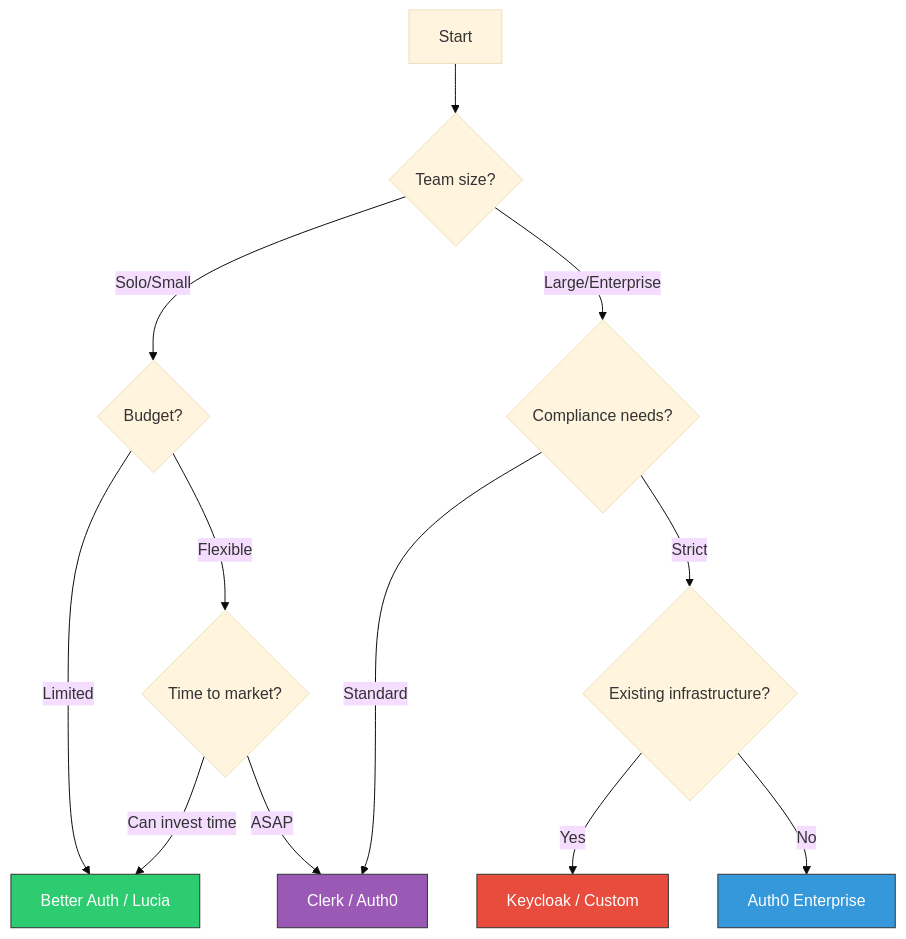
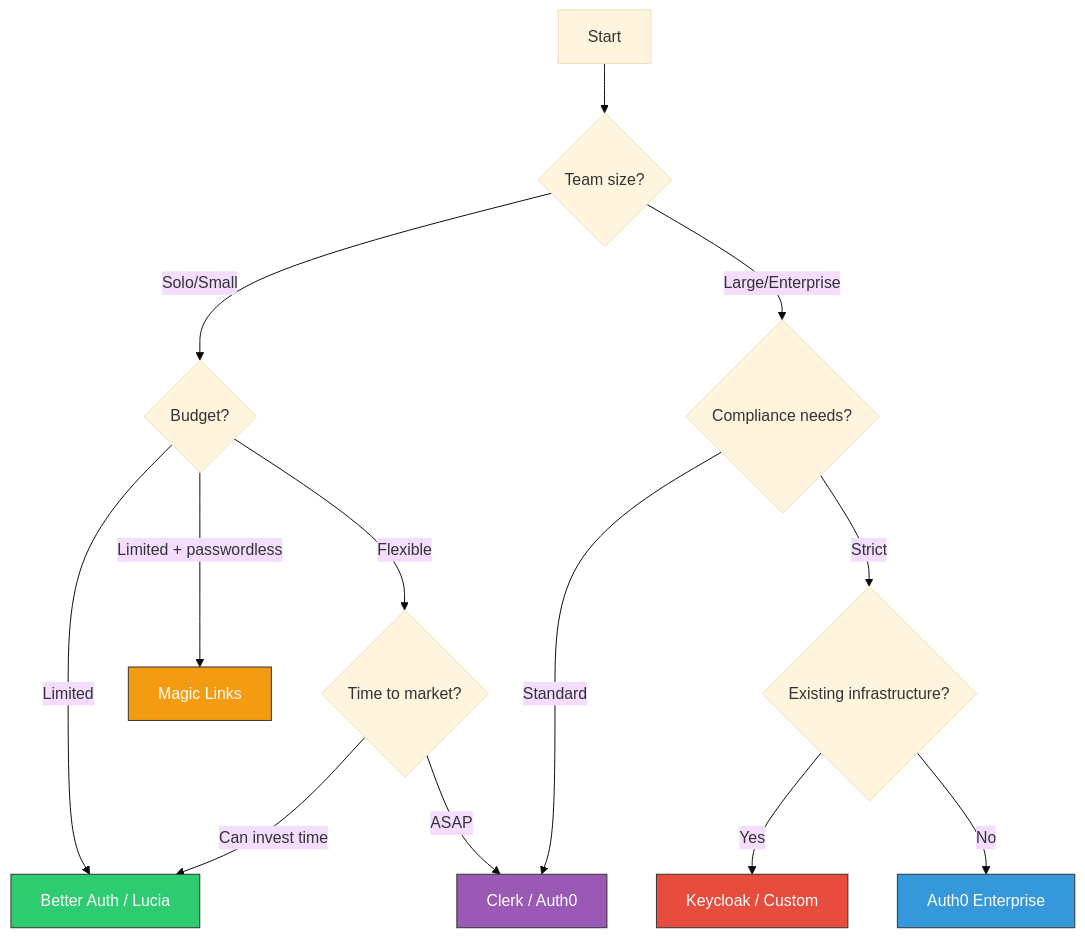
The diagram in sections/06-choosing-the-right-approach.md (cachemap/auth-flows-tutorial), drawn with Mermaid (base theme) before and after one commit. The commit also changed other lines of this file and 2 other files, not shown here.

Commit message:
Add information on Magic Links

````diff
--- a/sections/06-choosing-the-right-approach.md
+++ b/sections/06-choosing-the-right-approach.md
@@ -3,23 +3,26 @@
 ```mermaid
 flowchart TD
     A[Start] --> B{Team size?}
     B -->|Solo/Small| C{Budget?}
     B -->|Large/Enterprise| D{Compliance needs?}
     
     C -->|Limited| E[Better Auth / Lucia]
     C -->|Flexible| F{Time to market?}
     
     F -->|ASAP| G[Clerk / Auth0]
     F -->|Can invest time| E
     
+    C -->|Limited + passwordless| K[Magic Links]
+    
     D -->|Strict| H{Existing infrastructure?}
     D -->|Standard| G
     
     H -->|Yes| I[Keycloak / Custom]
     H -->|No| J[Auth0 Enterprise]
     
     style E fill:#2ecc71,stroke:#333,color:#fff
     style G fill:#9b59b6,stroke:#333,color:#fff
     style I fill:#e74c3c,stroke:#333,color:#fff
     style J fill:#3498db,stroke:#333,color:#fff
+    style K fill:#f39c12,stroke:#333,color:#fff
 ```
````
